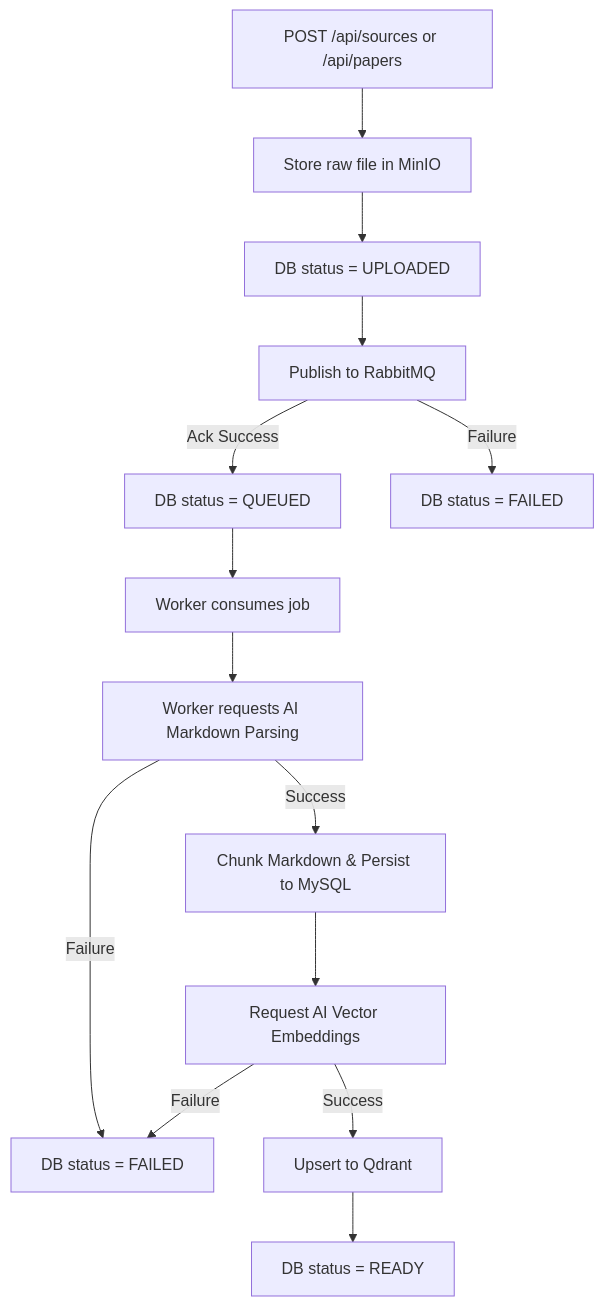
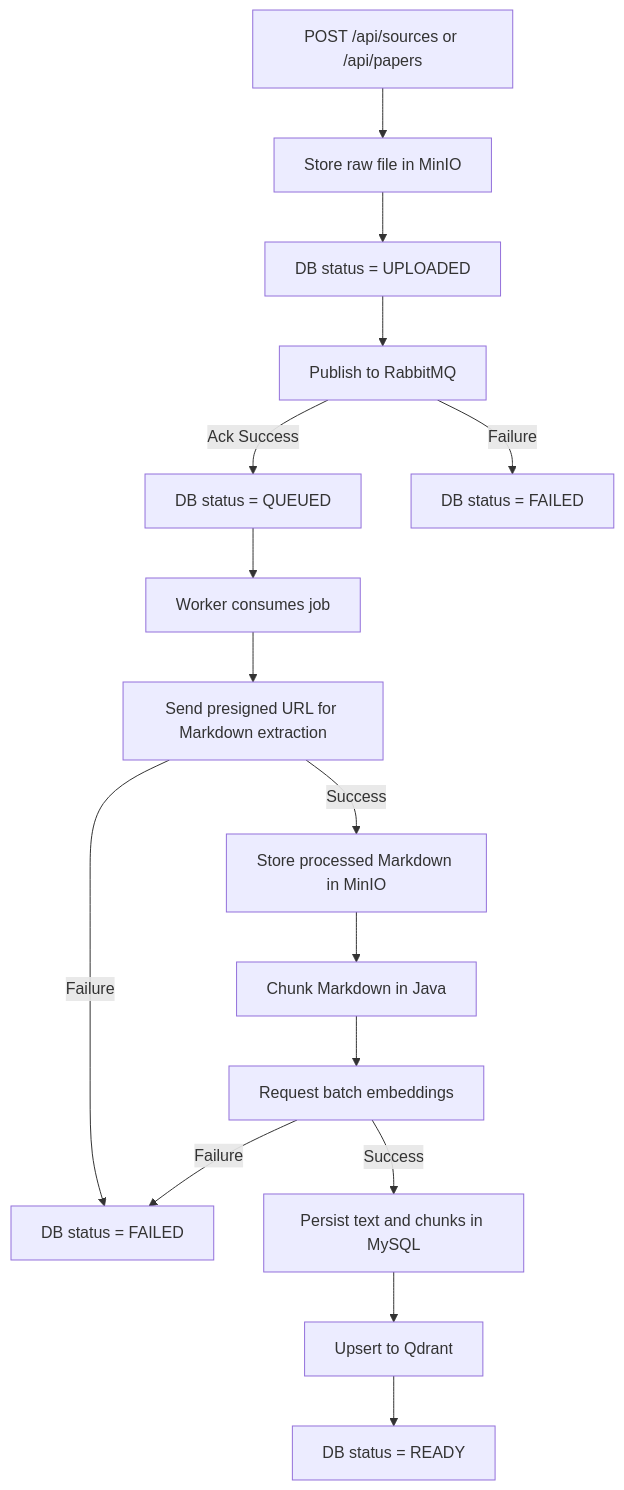
Before and after one commit to MinhKien17/SEP490_EvidencePilot: the seventh of 22 diagrams in System-Architecture.md, drawn with Mermaid. The commit also changed other lines of this file and 3 other files, not shown here.

````diff
--- a/System-Architecture.md
+++ b/System-Architecture.md
@@ -176,16 +174,18 @@
 ```mermaid
 flowchart TD
     Upload["POST /api/sources or /api/papers"] --> StoreFile["Store raw file in MinIO"]
     StoreFile --> MarkUploaded["DB status = UPLOADED"]
     MarkUploaded --> PushQueue["Publish to RabbitMQ"]
     PushQueue -->|Ack Success| SaveQueued["DB status = QUEUED"]
     PushQueue -->|Failure| FailInit["DB status = FAILED"]
     SaveQueued --> ConsumeJob["Worker consumes job"]
-    ConsumeJob --> AIParsing["Worker requests AI Markdown Parsing"]
-    AIParsing -->|Success| Chunking["Chunk Markdown & Persist to MySQL"]
+    ConsumeJob --> AIParsing["Send presigned URL for Markdown extraction"]
+    AIParsing -->|Success| Checkpoint["Store processed Markdown in MinIO"]
     AIParsing -->|Failure| WorkerFail["DB status = FAILED"]
-    Chunking --> GenEmbed["Request AI Vector Embeddings"]
-    GenEmbed -->|Success| VectorDB["Upsert to Qdrant"]
+    Checkpoint --> Chunking["Chunk Markdown in Java"]
+    Chunking --> GenEmbed["Request batch embeddings"]
+    GenEmbed -->|Success| Persist["Persist text and chunks in MySQL"]
     GenEmbed -->|Failure| WorkerFail
+    Persist --> VectorDB["Upsert to Qdrant"]
     VectorDB --> Ready["DB status = READY"]
 ```
````
